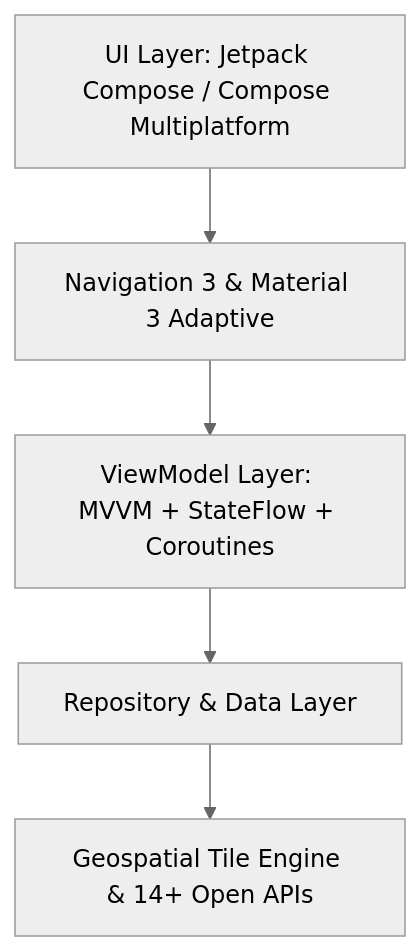
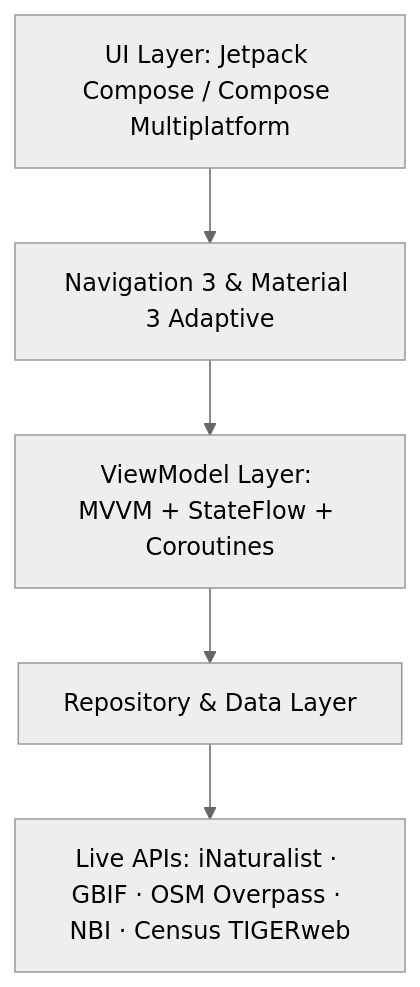
Before and after one commit to masterpigg/dont-cross-the-streams: the diagram in README.md, drawn with Mermaid (neutral theme). The commit also changed other lines of this file and 72 other files, not shown here.

First line of the commit message:
Replace handwritten map data with live public APIs; add St. Charles

````diff
--- a/README.md
+++ b/README.md
@@ -88,7 +66,7 @@
 ```mermaid
 graph TD
     A[UI Layer: Jetpack Compose / Compose Multiplatform] --> B[Navigation 3 & Material 3 Adaptive]
     B --> C[ViewModel Layer: MVVM + StateFlow + Coroutines]
     C --> D[Repository & Data Layer]
-    D --> E[Geospatial Tile Engine & 14+ Open APIs]
+    D --> E[Live APIs: iNaturalist · GBIF · OSM Overpass · NBI · Census TIGERweb]
 ```
````
